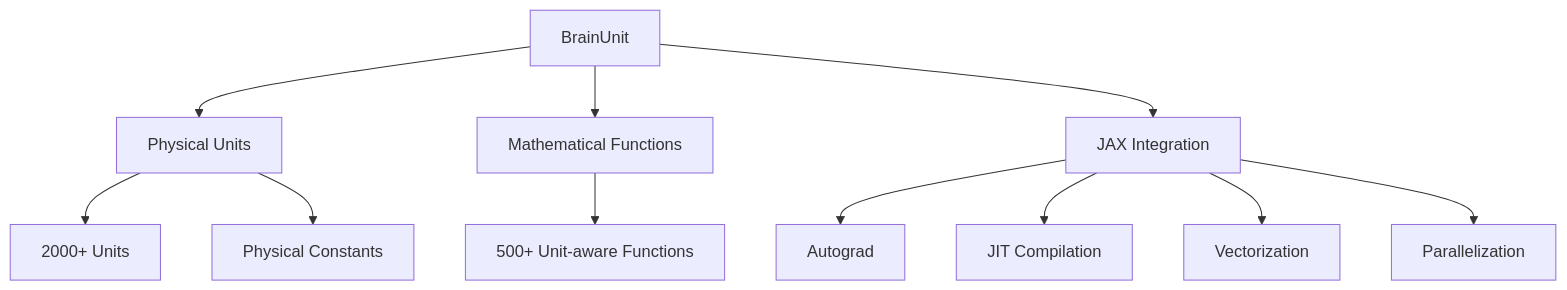
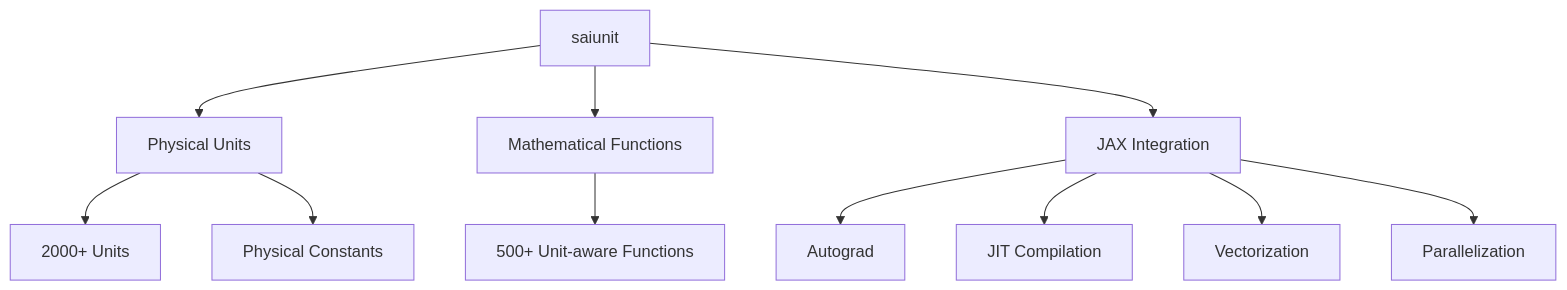
The diagram in README.md (chaobrain/saiunit), drawn with Mermaid before and after one commit. The commit also changed other lines of this file and 188 other files, not shown here.

````diff
--- a/README.md
+++ b/README.md
@@ -45,13 +46,13 @@
 ```mermaid
 graph TD
-    A[BrainUnit] --> B[Physical Units]
+    A[saiunit] --> B[Physical Units]
     A --> C[Mathematical Functions]
     A --> D[JAX Integration]
     B --> B1[2000+ Units]
     B --> B2[Physical Constants]
     C --> C1[500+ Unit-aware Functions]
     D --> D1[Autograd]
     D --> D2[JIT Compilation]
     D --> D3[Vectorization]
     D --> D4[Parallelization]
 ```
````
